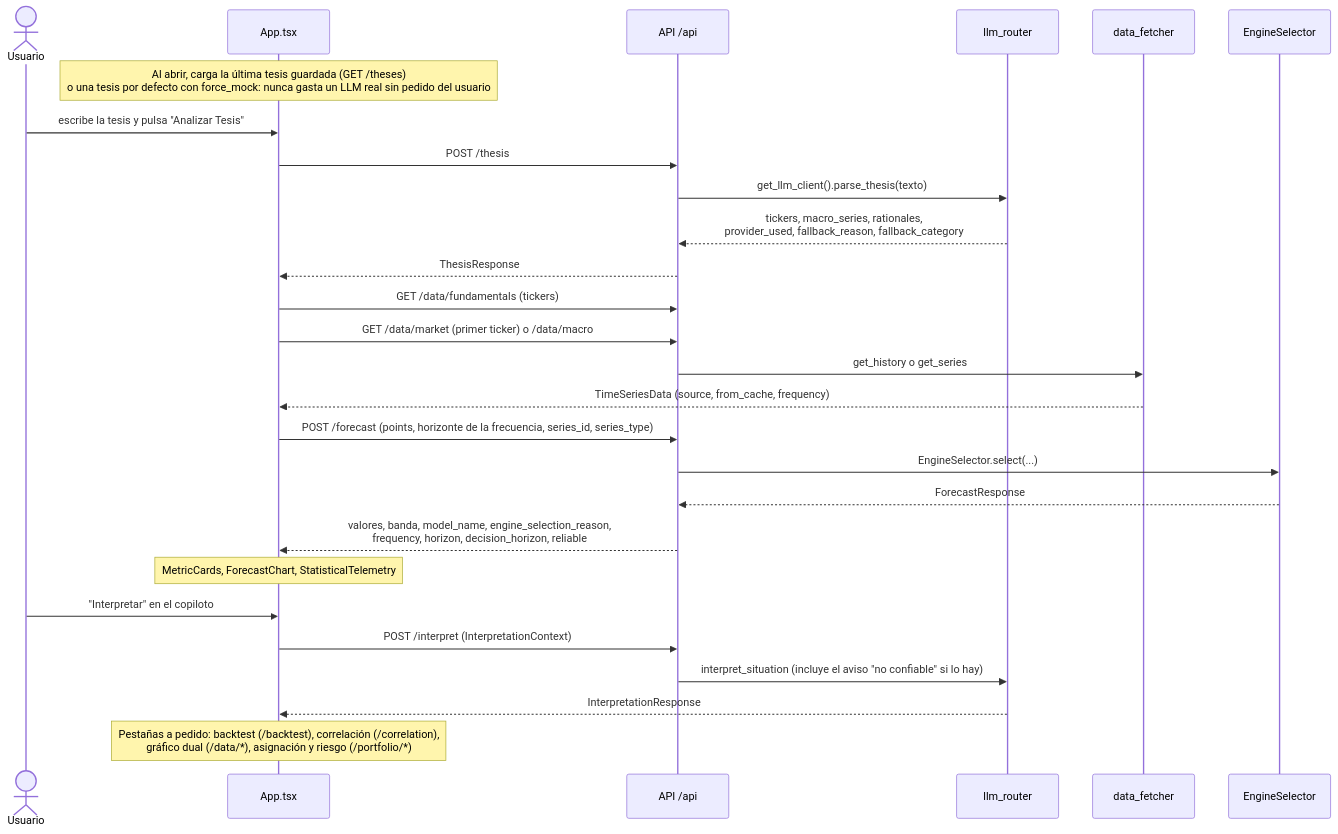
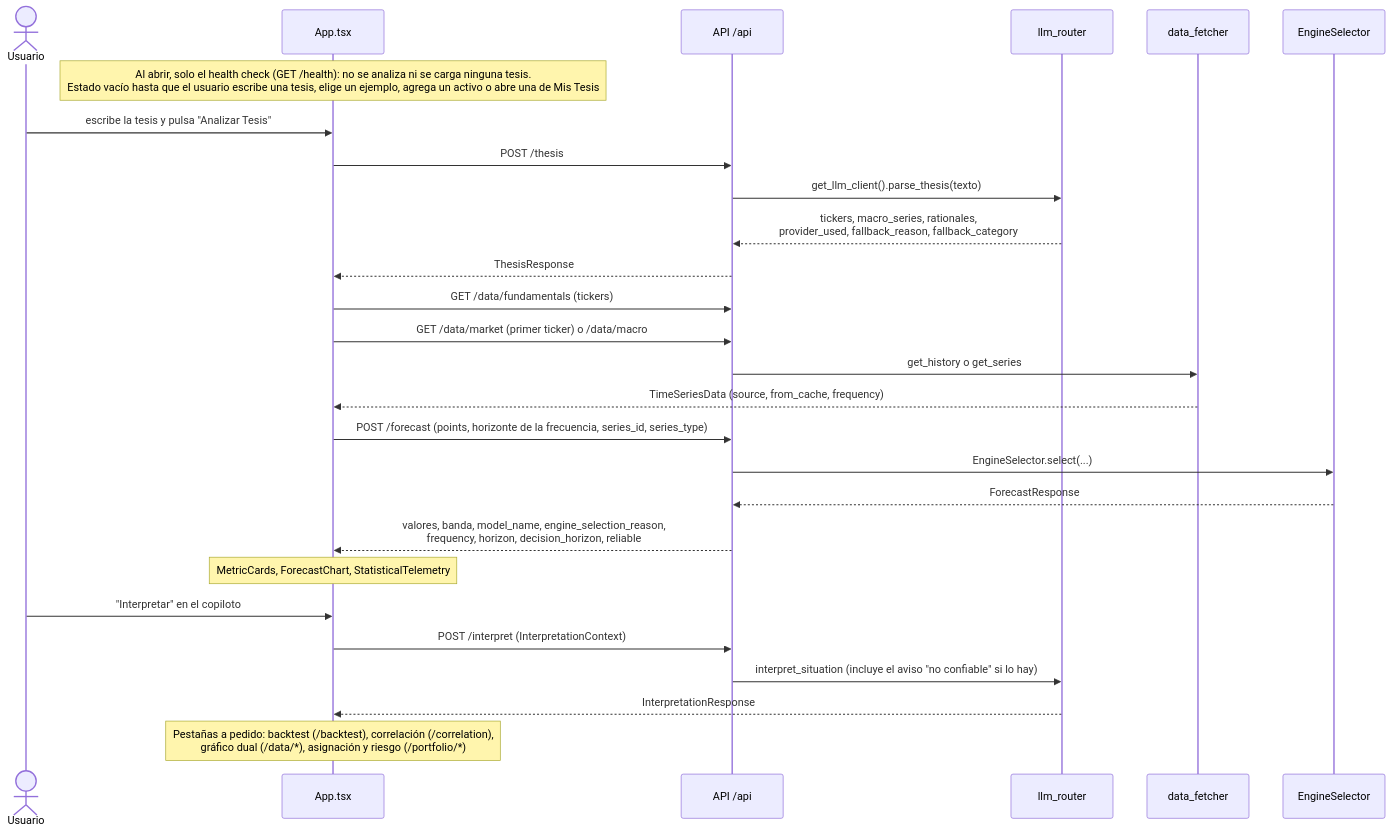
One commit to casper06/timeInvestor changed the second of 8 diagrams in docs/ARCHITECTURE.md. Above: the diagram before and after it, drawn with Mermaid. The commit also changed 6 other files, not shown here.

````diff
--- a/docs/ARCHITECTURE.md
+++ b/docs/ARCHITECTURE.md
@@ -71,30 +71,30 @@
 ```mermaid
 sequenceDiagram
     actor U as Usuario
     participant UI as App.tsx
     participant API as API /api
     participant LLM as llm_router
     participant DF as data_fetcher
     participant SEL as EngineSelector
 
-    Note over UI: Al abrir, carga la última tesis guardada (GET /theses)<br/>o una tesis por defecto con force_mock: nunca gasta un LLM real sin pedido del usuario
+    Note over UI: Al abrir, solo el health check (GET /health): no se analiza ni se carga ninguna tesis.<br/>Estado vacío hasta que el usuario escribe una tesis, elige un ejemplo, agrega un activo o abre una de Mis Tesis
     U->>UI: escribe la tesis y pulsa "Analizar Tesis"
     UI->>API: POST /thesis
     API->>LLM: get_llm_client().parse_thesis(texto)
     LLM-->>API: tickers, macro_series, rationales,<br/>provider_used, fallback_reason, fallback_category
     API-->>UI: ThesisResponse
     UI->>API: GET /data/fundamentals (tickers)
     UI->>API: GET /data/market (primer ticker) o /data/macro
     API->>DF: get_history o get_series
     DF-->>UI: TimeSeriesData (source, from_cache, frequency)
     UI->>API: POST /forecast (points, horizonte de la frecuencia, series_id, series_type)
     API->>SEL: EngineSelector.select(...)
     SEL-->>API: ForecastResponse
     API-->>UI: valores, banda, model_name, engine_selection_reason,<br/>frequency, horizon, decision_horizon, reliable
     Note over UI: MetricCards, ForecastChart, StatisticalTelemetry
     U->>UI: "Interpretar" en el copiloto
     UI->>API: POST /interpret (InterpretationContext)
     API->>LLM: interpret_situation (incluye el aviso "no confiable" si lo hay)
     LLM-->>UI: InterpretationResponse
     Note over UI: Pestañas a pedido: backtest (/backtest), correlación (/correlation),<br/>gráfico dual (/data/*), asignación y riesgo (/portfolio/*)
 ```
````
